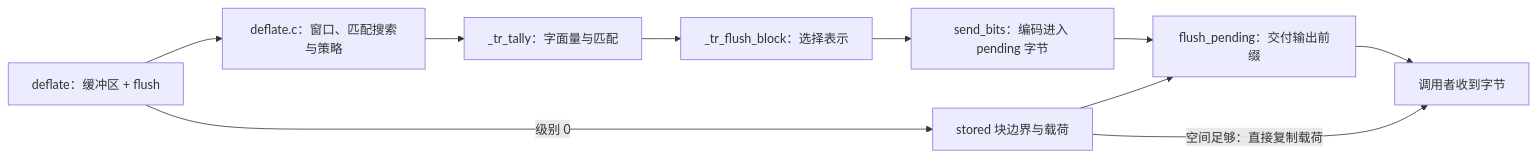
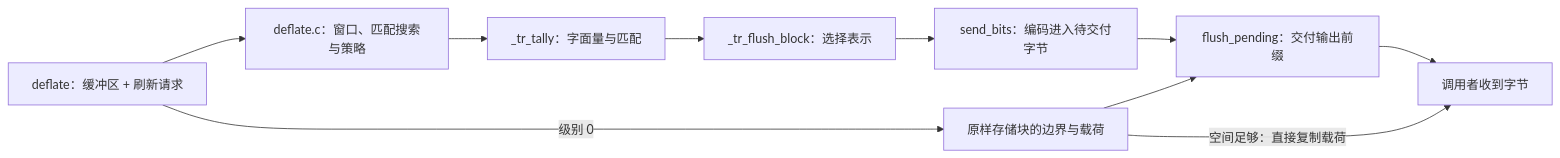
The second of 2 diagrams in site/content/sample/interfaces.zh.md (cla7aye15I4nd/zlib-f), drawn with Mermaid before and after one commit. The commit also changed other lines of this file and 58 other files, not shown here.

````diff
--- a/site/content/sample/interfaces.zh.md
+++ b/site/content/sample/interfaces.zh.md
@@ -95,12 +95,12 @@
 ```mermaid
 flowchart LR
-    API["deflate：缓冲区 + flush"] --> Match["deflate.c：窗口、匹配搜索与策略"]
+    API["deflate：缓冲区 + 刷新请求"] --> Match["deflate.c：窗口、匹配搜索与策略"]
     Match --> Symbols["_tr_tally：字面量与匹配"]
     Symbols --> Block["_tr_flush_block：选择表示"]
-    Block --> Bits["send_bits：编码进入 pending 字节"]
+    Block --> Bits["send_bits：编码进入待交付字节"]
     Bits --> Deliver["flush_pending：交付输出前缀"]
     Deliver --> Caller["调用者收到字节"]
-    API -->|"级别 0"| Stored["stored 块边界与载荷"]
+    API -->|"级别 0"| Stored["原样存储块的边界与载荷"]
     Stored --> Deliver
     Stored -->|"空间足够：直接复制载荷"| Caller
 ```
````
